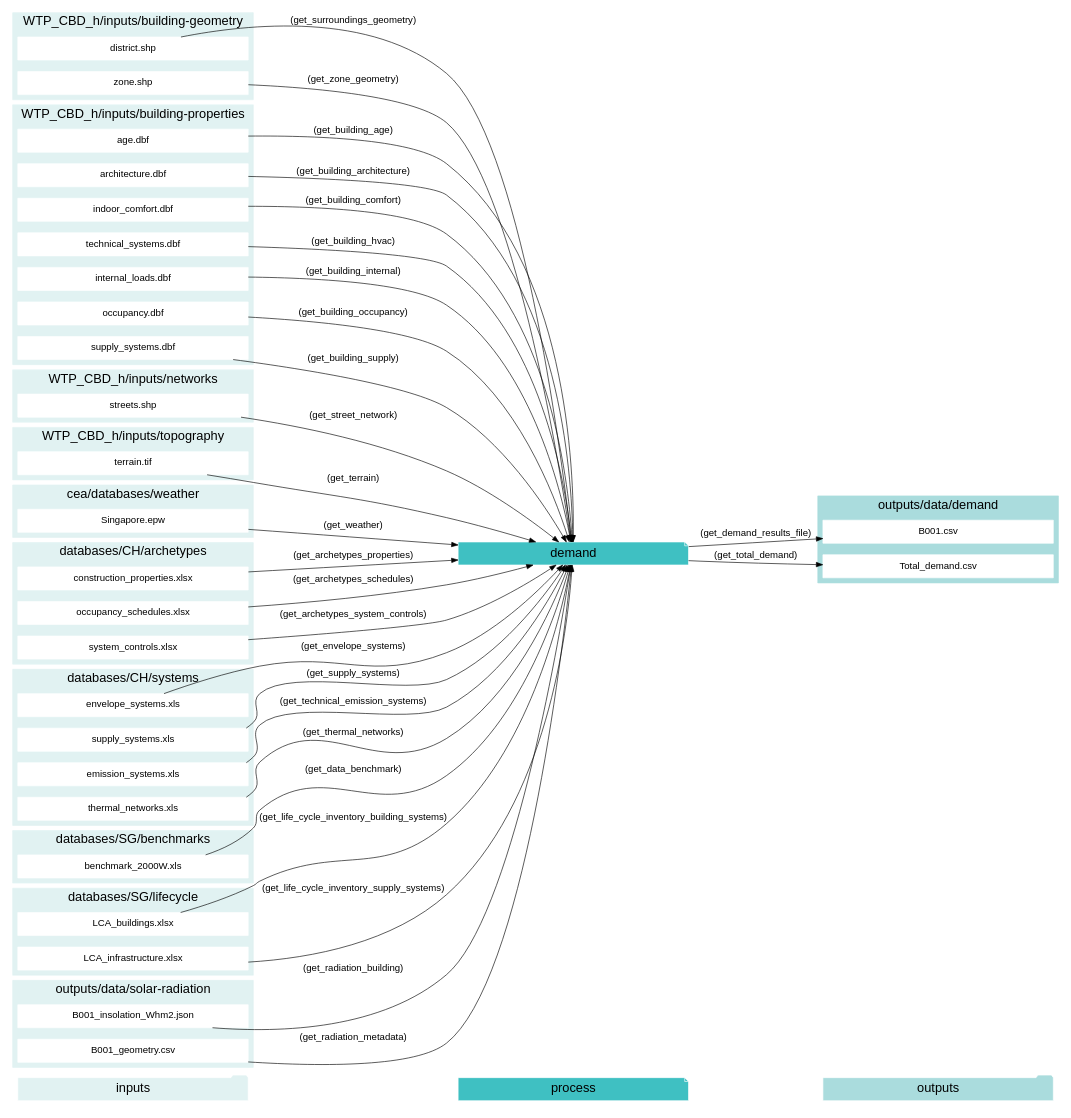
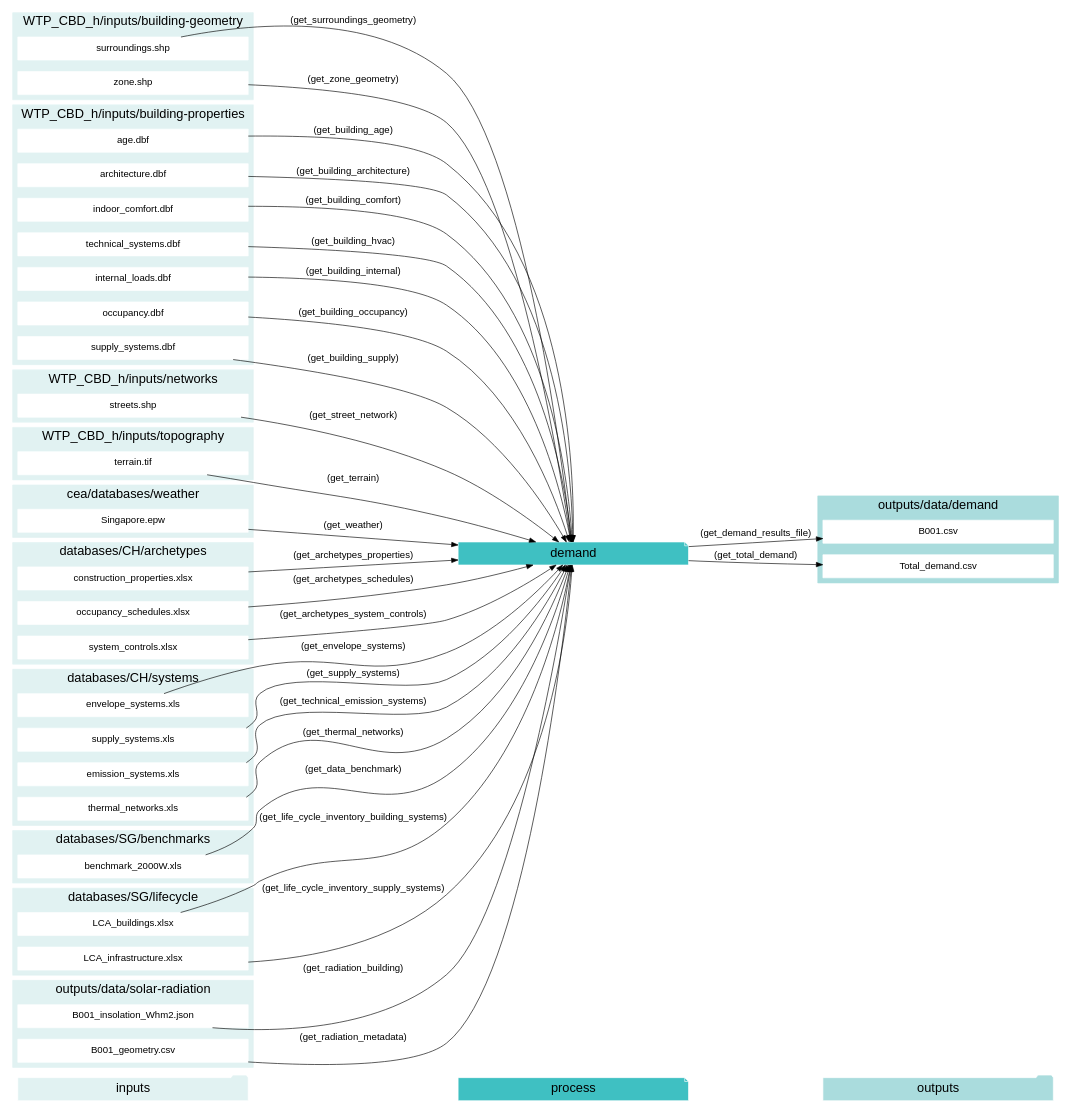
Before and after one commit to architecture-building-systems/CityEnergyAnalyst: the tenth of 12 diagrams in docs/script-data-flow.rst, drawn with Graphviz. The commit also changed other lines of this file and 41 other files, not shown here.

Commit message:
renaming district to surroundings

```diff
--- a/docs/script-data-flow.rst
+++ b/docs/script-data-flow.rst
@@ -1335,7 +1335,7 @@
         fontsize = 20;
         rank=same;
         label="WTP_CBD_h/inputs/building-geometry";
-        "district.shp"
+        "surroundings.shp"
         "zone.shp"
     }
     subgraph cluster_1_in {
@@ -1443,7 +1443,7 @@
     "occupancy.dbf" -> "demand"[label="(get_building_occupancy)"]
     "supply_systems.dbf" -> "demand"[label="(get_building_supply)"]
     "benchmark_2000W.xls" -> "demand"[label="(get_data_benchmark)"]
-    "district.shp" -> "demand"[label="(get_surroundings_geometry)"]
+    "surroundings.shp" -> "demand"[label="(get_surroundings_geometry)"]
     "envelope_systems.xls" -> "demand"[label="(get_envelope_systems)"]
     "LCA_buildings.xlsx" -> "demand"[label="(get_life_cycle_inventory_building_systems)"]
     "LCA_infrastructure.xlsx" -> "demand"[label="(get_life_cycle_inventory_supply_systems)"]
```
